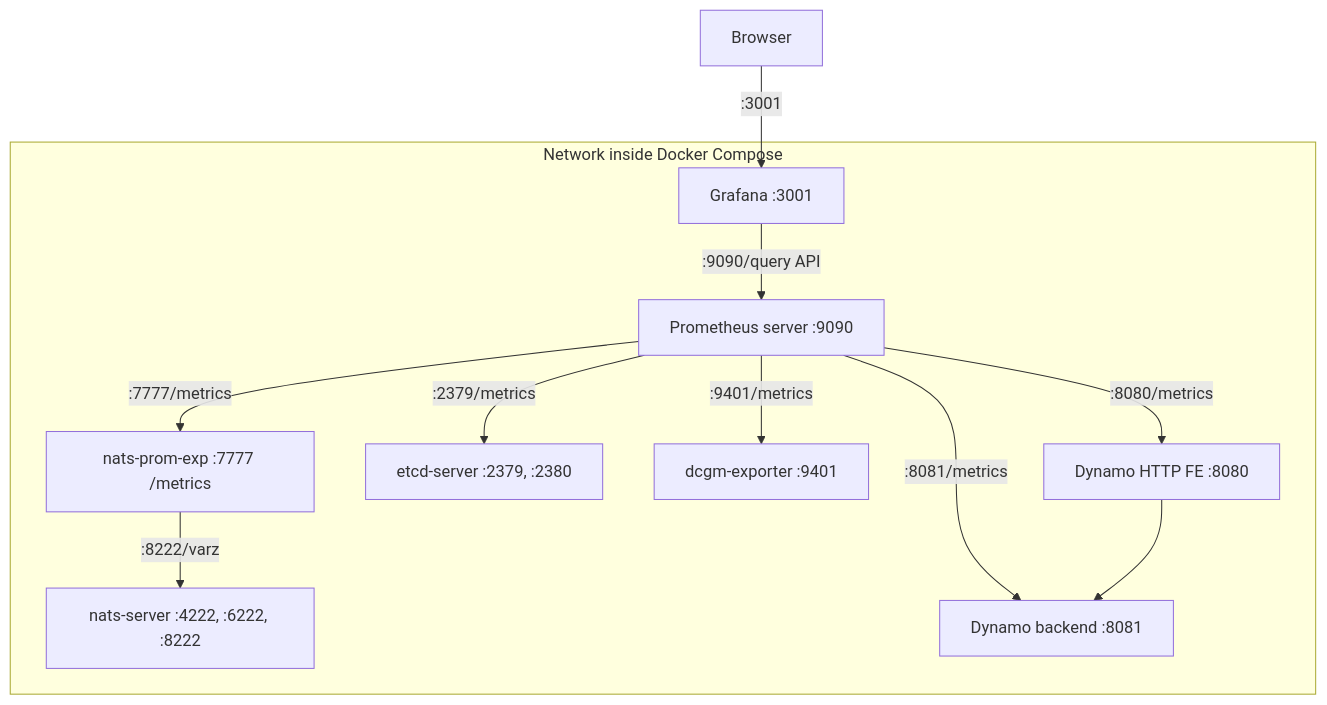
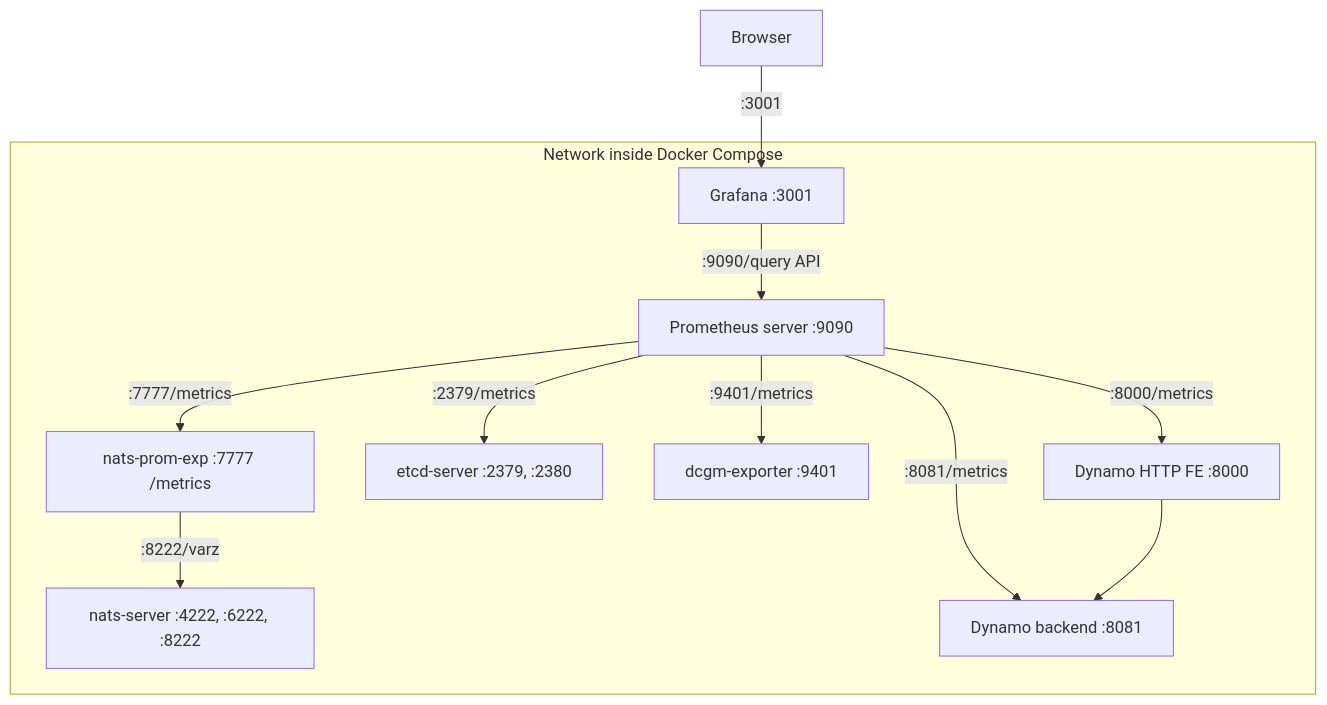
Before and after one commit to vickiegpt/dynamo: the diagram in deploy/metrics/README.md, drawn with Mermaid. The commit also changed 18 other files, not shown here.

````diff
--- a/deploy/metrics/README.md
+++ b/deploy/metrics/README.md
@@ -18,14 +18,14 @@
 ```mermaid
 graph TD
     BROWSER[Browser] -->|:3001| GRAFANA[Grafana :3001]
     subgraph DockerComposeNetwork [Network inside Docker Compose]
         NATS_PROM_EXP[nats-prom-exp :7777 /metrics] -->|:8222/varz| NATS_SERVER[nats-server :4222, :6222, :8222]
         PROMETHEUS[Prometheus server :9090] -->|:2379/metrics| ETCD_SERVER[etcd-server :2379, :2380]
         PROMETHEUS -->|:9401/metrics| DCGM_EXPORTER[dcgm-exporter :9401]
         PROMETHEUS -->|:7777/metrics| NATS_PROM_EXP
-        PROMETHEUS -->|:8080/metrics| DYNAMOFE[Dynamo HTTP FE :8080]
+        PROMETHEUS -->|:8000/metrics| DYNAMOFE[Dynamo HTTP FE :8000]
         PROMETHEUS -->|:8081/metrics| DYNAMOBACKEND[Dynamo backend :8081]
         DYNAMOFE --> DYNAMOBACKEND
         GRAFANA -->|:9090/query API| PROMETHEUS
     end
 ```
````
